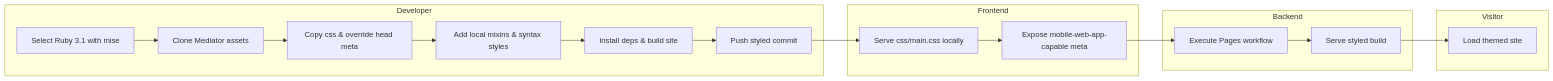
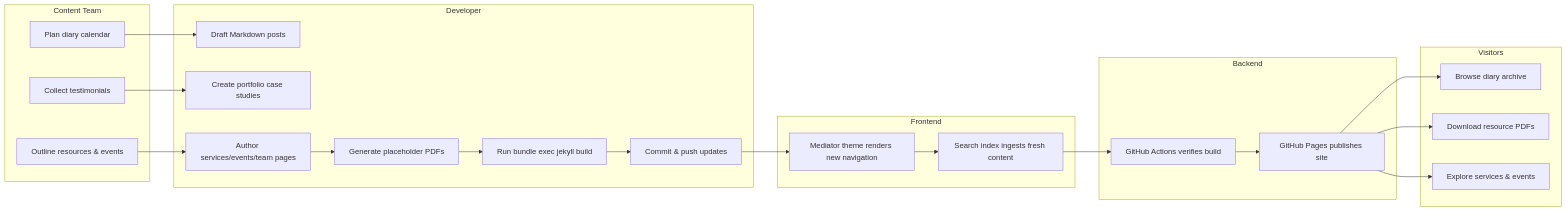
The sixth of 6 diagrams in README.md (muyueh/Jekyll), drawn with Mermaid before and after one commit. The commit also changed other lines of this file and 15 other files, not shown here.

Commit message:
Expand sample content and navigation

````diff
--- a/README.md
+++ b/README.md
@@ -105,24 +100,36 @@
 ```mermaid
 flowchart LR
+    subgraph Content Team
+        C1[Plan diary calendar]
+        C2[Collect testimonials]
+        C3[Outline resources & events]
+    end
     subgraph Developer
-        D1[Select Ruby 3.1 with mise]
-        D2[Clone Mediator assets]
-        D3[Copy css & override head meta]
-        D4[Add local mixins & syntax styles]
-        D5[Install deps & build site]
-        D6[Push styled commit]
+        D1[Draft Markdown posts]
+        D2[Create portfolio case studies]
+        D3[Author services/events/team pages]
+        D4[Generate placeholder PDFs]
+        D5[Run bundle exec jekyll build]
+        D6[Commit & push updates]
     end
     subgraph Frontend
-        F1[Serve css/main.css locally]
-        F2[Expose mobile-web-app-capable meta]
+        F1[Mediator theme renders new navigation]
+        F2[Search index ingests fresh content]
     end
     subgraph Backend
-        B1[Execute Pages workflow]
-        B2[Serve styled build]
+        B1[GitHub Actions verifies build]
+        B2[GitHub Pages publishes site]
     end
-    subgraph Visitor
-        V1[Load themed site]
+    subgraph Visitors
+        V1[Browse diary archive]
+        V2[Download resource PDFs]
+        V3[Explore services & events]
     end
 
-    D1 --> D2 --> D3 --> D4 --> D5 --> D6 --> F1 --> F2 --> B1 --> B2 --> V1
+    C1 --> D1
+    C2 --> D2
+    C3 --> D3
+    D3 --> D4 --> D5 --> D6 --> F1 --> F2 --> B1 --> B2 --> V1
+    B2 --> V2
+    B2 --> V3
 ```
````
